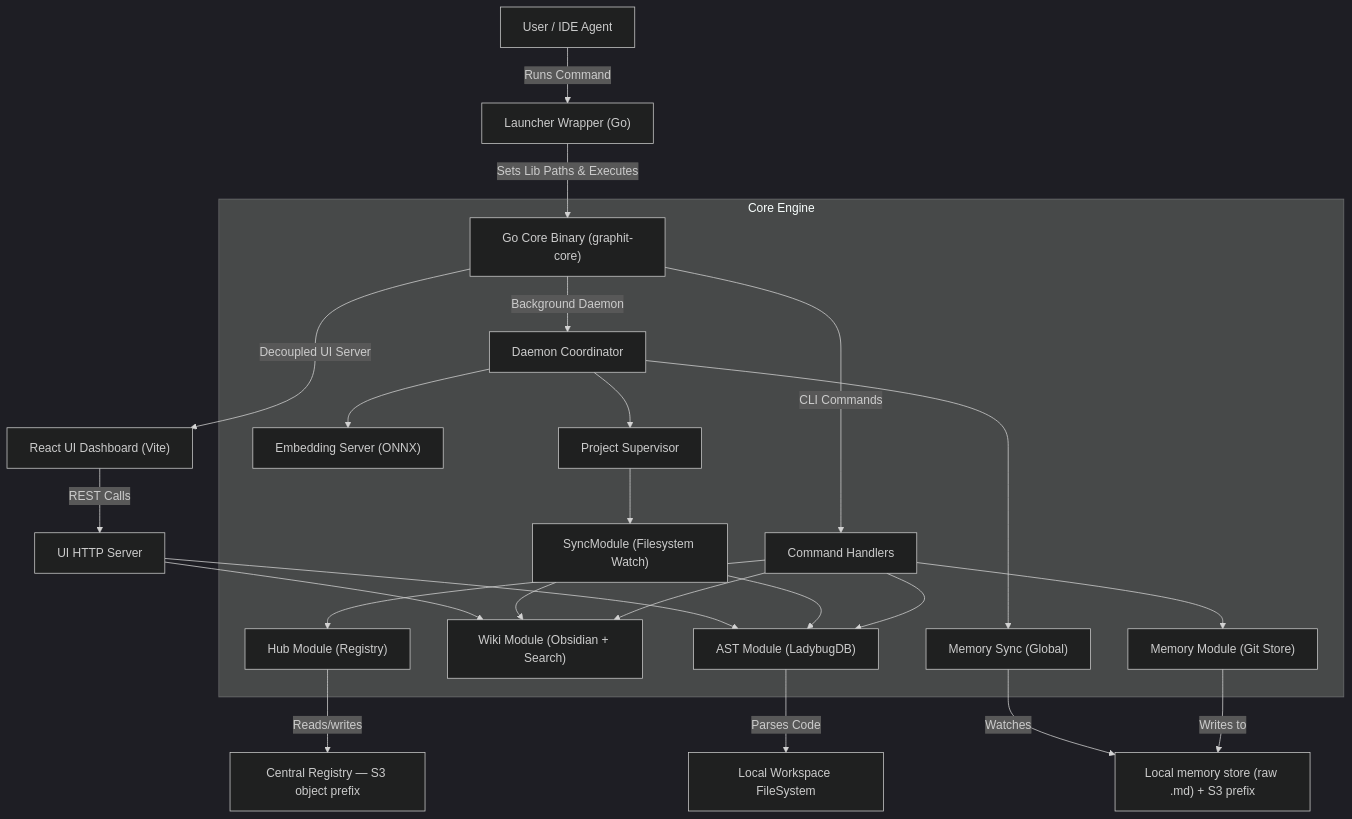
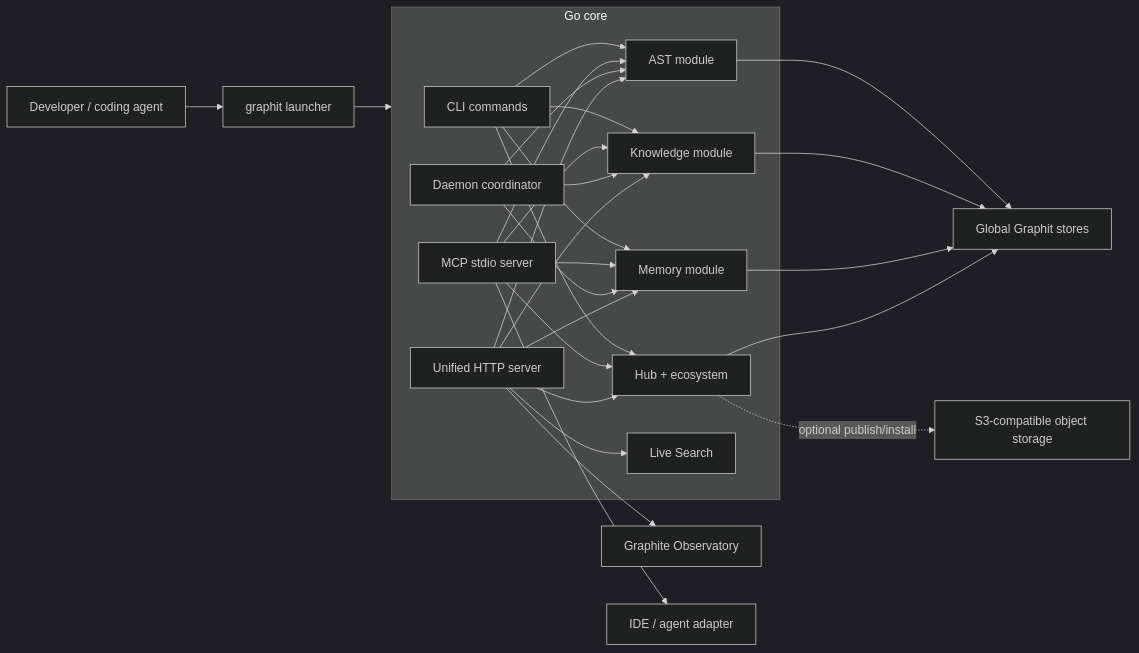
The diagram in docs/architecture/architecture_overview.md (graphit-labs/graphit-code), drawn with Mermaid (dark theme) before and after one commit. The commit also changed other lines of this file and 60 other files, not shown here.

````diff
--- a/docs/architecture/architecture_overview.md
+++ b/docs/architecture/architecture_overview.md
@@ -30,33 +7,42 @@
 ```mermaid
-graph TD
-    User["User / IDE Agent"] -- Runs Command --> Launcher["Launcher Wrapper (Go)"]
-    Launcher -- Sets Lib Paths & Executes --> Core["Go Core Binary (graphit-core)"]
-    
-    subgraph Core Engine
-        Core -- CLI Commands --> Cmds["Command Handlers"]
-        Core -- Background Daemon --> Daemon["Daemon Coordinator"]
-        
-        Cmds --> AST["AST Module (LadybugDB)"]
-        Cmds --> Wiki["Wiki Module (Obsidian + Search)"]
-        Cmds --> Hub["Hub Module (Registry)"]
-        Cmds --> Mem["Memory Module (Git Store)"]
-        
-        Daemon --> EmbedSvc["Embedding Server (ONNX)"]
-        Daemon --> ProjectWatch["Project Supervisor"]
-        Daemon --> MemSync["Memory Sync (Global)"]
-        
-        ProjectWatch --> SyncMod["SyncModule (Filesystem Watch)"]
-        SyncMod --> AST
-        SyncMod --> Wiki
+flowchart LR
+    User["Developer / coding agent"] --> Launcher["graphit launcher"]
+    Launcher --> Core["graphit-core"]
+
+    subgraph Core["Go core"]
+      CLI["CLI commands"]
+      MCP["MCP stdio server"]
+      Daemon["Daemon coordinator"]
+      UI["Unified HTTP server"]
+      AST["AST module"]
+      Knowledge["Knowledge module"]
+      Memory["Memory module"]
+      Hub["Hub + ecosystem"]
+      Live["Live Search"]
     end
-    
-    AST -- Parses Code --> FileSystem["Local Workspace FileSystem"]
-    Mem -- Writes to --> MemStore["Local memory store (raw .md) + S3 prefix"]
-    MemSync -- Watches --> MemStore
-    Hub -- Reads/writes --> S3["Central Registry — S3 object prefix"]
-    
-    Core -- Decoupled UI Server --> ReactUI["React UI Dashboard (Vite)"]
-    ReactUI -- REST Calls --> WebServer["UI HTTP Server"]
-    WebServer --> AST
-    WebServer --> Wiki
+
+    CLI --> AST
+    CLI --> Knowledge
+    CLI --> Memory
+    CLI --> Hub
+    MCP --> AST
+    MCP --> Knowledge
+    MCP --> Memory
+    MCP --> Hub
+    Daemon --> AST
+    Daemon --> Knowledge
+    Daemon --> Memory
+    UI --> AST
+    UI --> Knowledge
+    UI --> Memory
+    UI --> Hub
+    UI --> Live
+
+    AST --> Global["Global Graphit stores"]
+    Knowledge --> Global
+    Memory --> Global
+    Hub --> Global
+    Hub -. optional publish/install .-> S3["S3-compatible object storage"]
+    UI --> Browser["Graphite Observatory"]
+    MCP --> IDE["IDE / agent adapter"]
 ```
````
